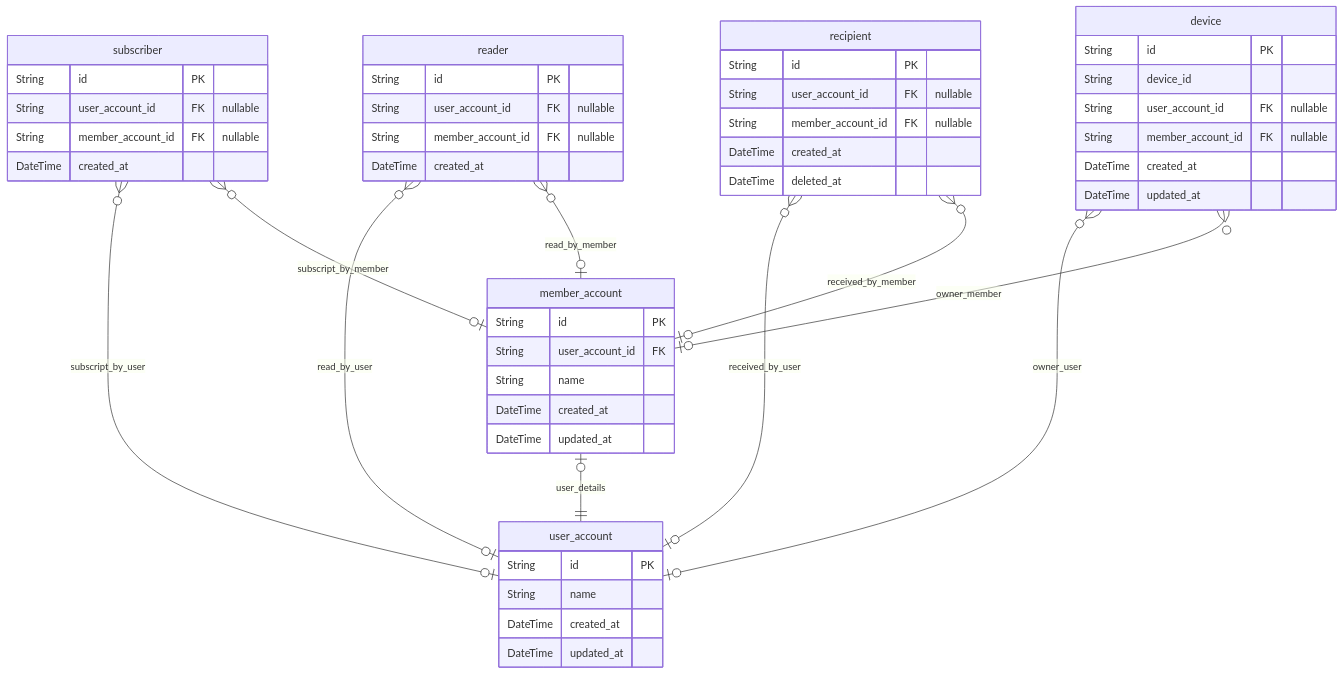
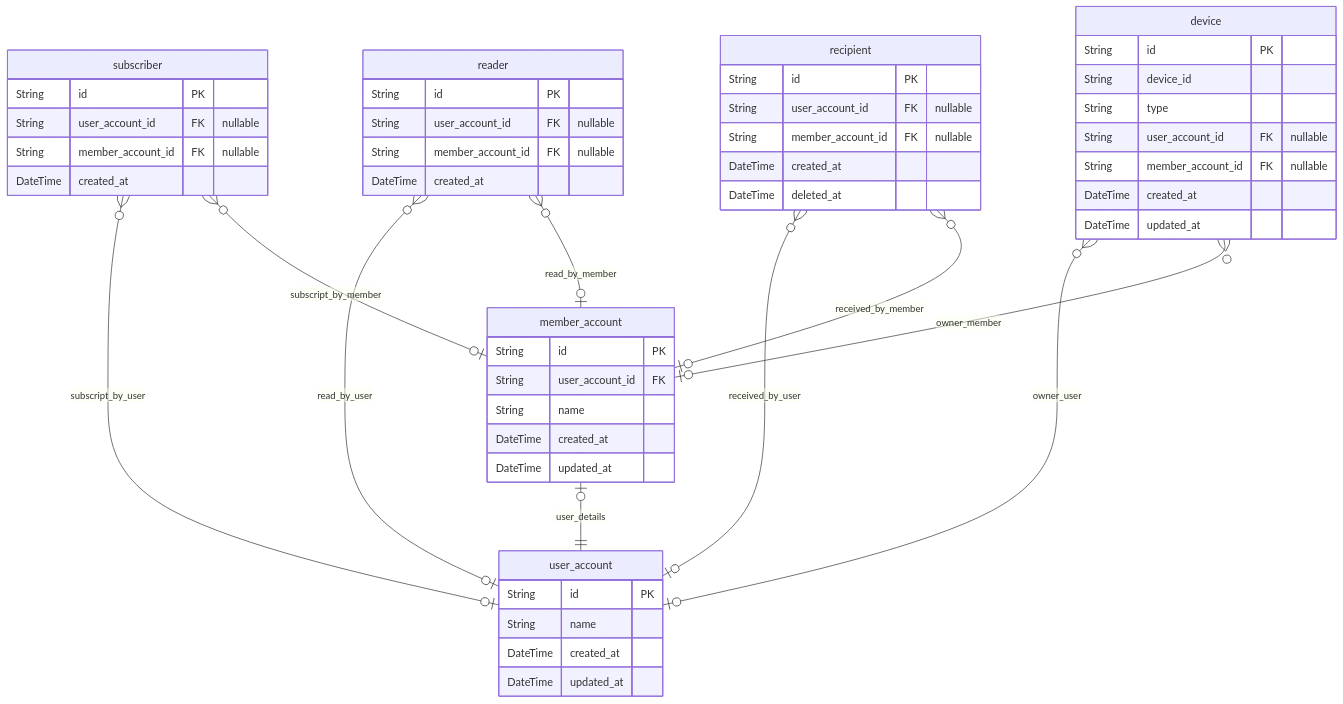
One commit to Mailly-Project/Mailly-BE changed the first of 3 diagrams in docs/ERD.md. Above: the diagram before and after it, drawn with Mermaid. The commit also changed other lines of this file and 2 other files, not shown here.

````diff
--- a/docs/ERD.md
+++ b/docs/ERD.md
@@ -8,52 +9,53 @@
 ```mermaid
 erDiagram
 "user_account" {
   String id PK
   String name
   DateTime created_at
   DateTime updated_at
 }
 "member_account" {
   String id PK
   String user_account_id FK
   String name
   DateTime created_at
   DateTime updated_at
 }
 "subscriber" {
   String id PK
   String user_account_id FK "nullable"
   String member_account_id FK "nullable"
   DateTime created_at
 }
 "reader" {
   String id PK
   String user_account_id FK "nullable"
   String member_account_id FK "nullable"
   DateTime created_at
 }
 "recipient" {
   String id PK
   String user_account_id FK "nullable"
   String member_account_id FK "nullable"
   DateTime created_at
   DateTime deleted_at
 }
 "device" {
   String id PK
   String device_id
+  String type
   String user_account_id FK "nullable"
   String member_account_id FK "nullable"
   DateTime created_at
   DateTime updated_at
 }
 "member_account" |o--|| "user_account" : user_details
 "subscriber" }o--o| "user_account" : subscript_by_user
 "subscriber" }o--o| "member_account" : subscript_by_member
 "reader" }o--o| "user_account" : read_by_user
 "reader" }o--o| "member_account" : read_by_member
 "recipient" }o--o| "user_account" : received_by_user
 "recipient" }o--o| "member_account" : received_by_member
 "device" }o--o| "user_account" : owner_user
 "device" }o--o| "member_account" : owner_member
 ```
````
